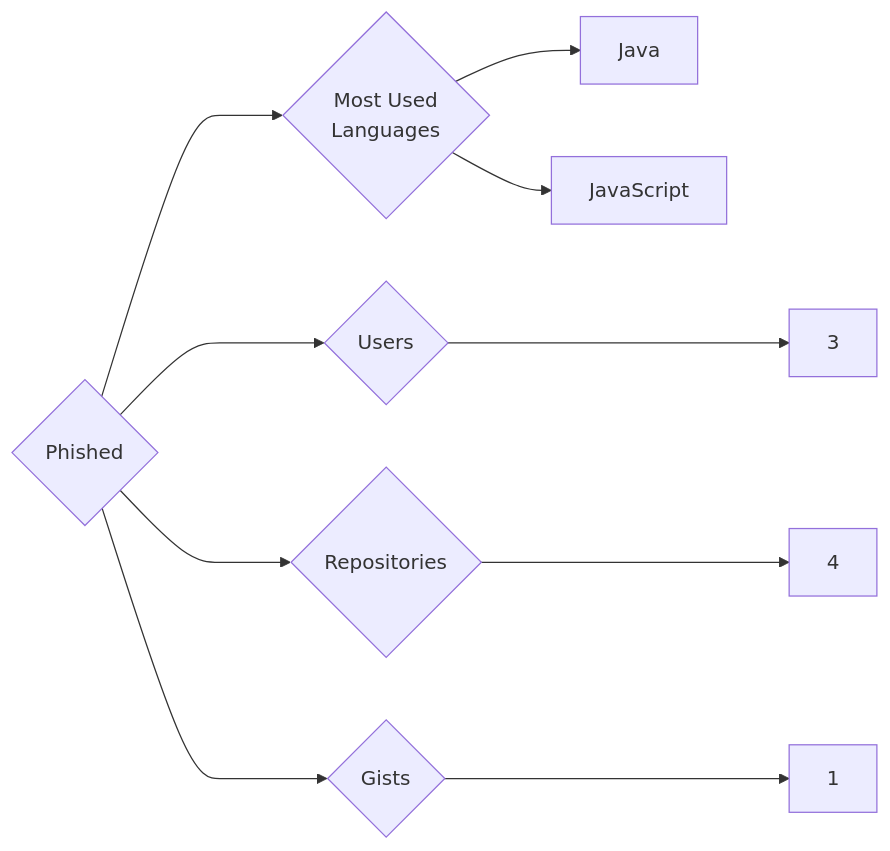
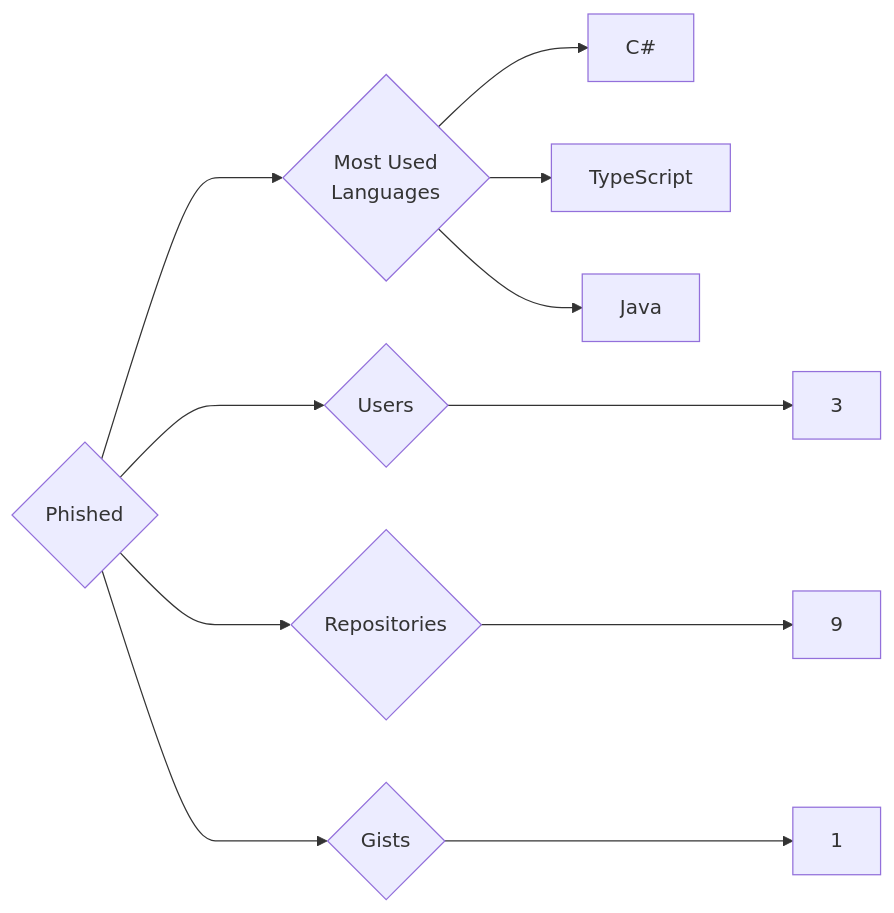
Before and after one commit to trickest/insiders: the diagram in targets/Phished/README.md, drawn with Mermaid. The commit also changed 797 other files, not shown here.

````diff
--- a/targets/Phished/README.md
+++ b/targets/Phished/README.md
@@ -3,10 +3,11 @@
 ```mermaid
 graph LR
 COMPANY_NAME{Phished}
 COMPANY_NAME ---> U{Users} ---> UN[3]
-COMPANY_NAME ---> R{Repositories} ---> RN[4]
+COMPANY_NAME ---> R{Repositories} ---> RN[9]
 COMPANY_NAME ---> G{Gists} ---> GN[1]
 COMPANY_NAME ---> ML{Most Used<br>Languages}
+ML --> C#[C#]
+ML --> TypeScript[TypeScript]
 ML --> Java[Java]
-ML --> JavaScript[JavaScript]
 ```
````
